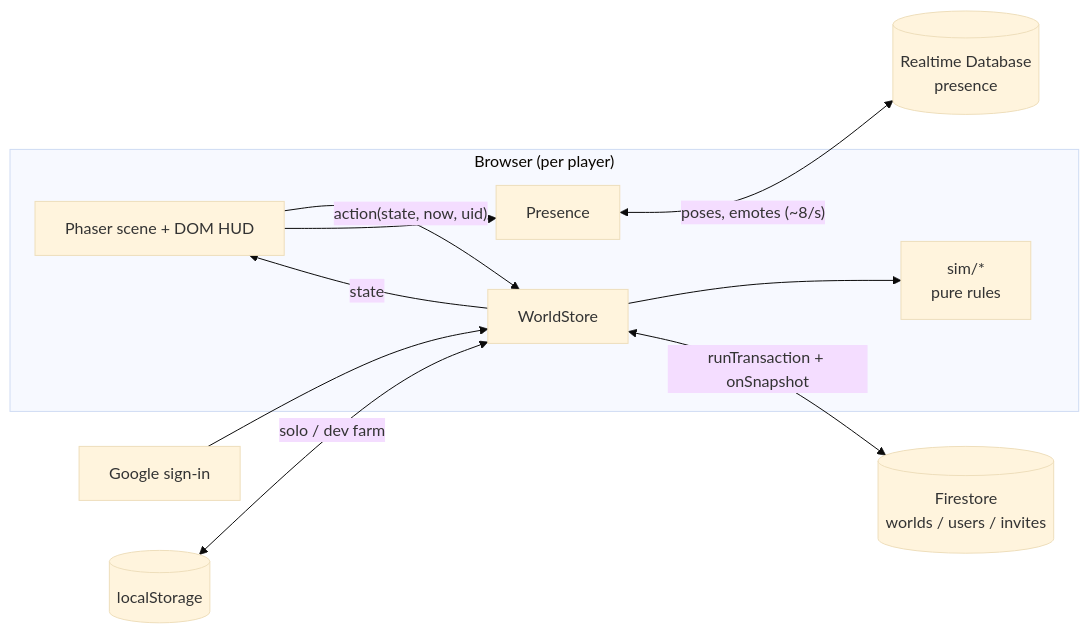
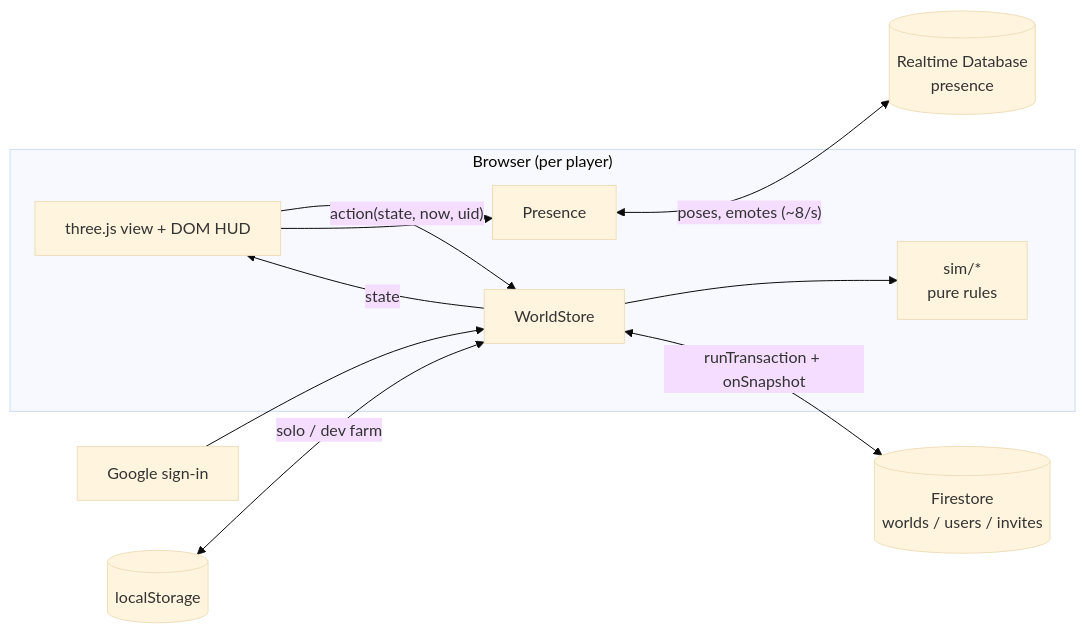
The diagram in README.md (pdz1804/vuon-chung), drawn with Mermaid (base theme) before and after one commit. The commit also changed other lines of this file and 4 other files, not shown here.

````diff
--- a/README.md
+++ b/README.md
@@ -106,13 +107,13 @@
 ```mermaid
 flowchart LR
   subgraph Client ["Browser (per player)"]
-    UI["Phaser scene + DOM HUD"] -->|"action(state, now, uid)"| STORE["WorldStore"]
+    UI["three.js view + DOM HUD"] -->|"action(state, now, uid)"| STORE["WorldStore"]
     STORE -->|"state"| UI
     STORE --> SIM["sim/*<br/>pure rules"]
     UI --> PRES["Presence"]
   end
   STORE <-->|"runTransaction + onSnapshot"| FS[("Firestore<br/>worlds / users / invites")]
   PRES <-->|"poses, emotes (~8/s)"| RT[("Realtime Database<br/>presence")]
   AUTH["Google sign-in"] --> STORE
   LOCAL[("localStorage")] <-->|"solo / dev farm"| STORE
 ```
````
